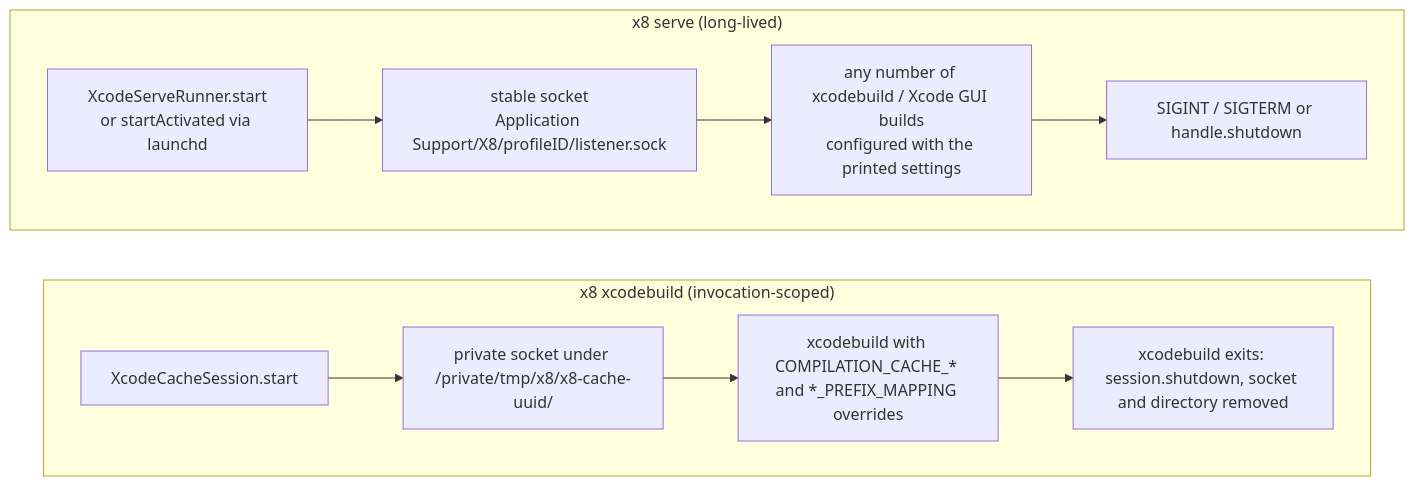
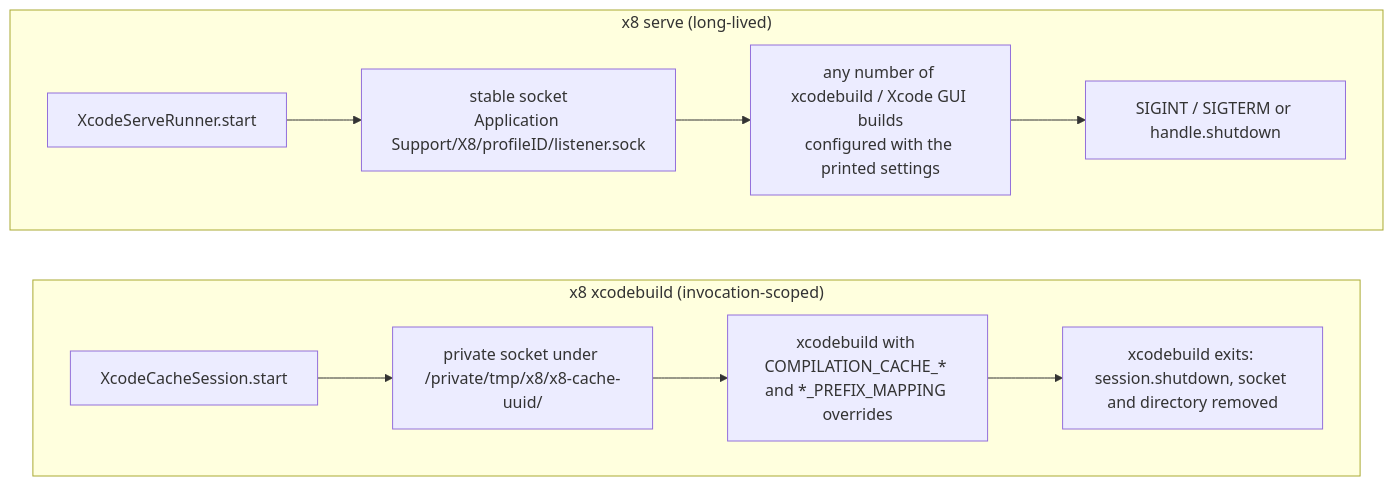
The diagram in Sources/X8Kit/X8Kit.docc/Diagrams/socket-lifecycles.mmd (Ryu0118/x8), drawn with Mermaid before and after one commit. The commit also changed 14 other files, not shown here.

First line of the commit message:
Remove launchd socket activation support from x8

```diff
--- a/Sources/X8Kit/X8Kit.docc/Diagrams/socket-lifecycles.mmd
+++ b/Sources/X8Kit/X8Kit.docc/Diagrams/socket-lifecycles.mmd
@@ -1,13 +1,13 @@
 flowchart LR
     subgraph A["x8 xcodebuild (invocation-scoped)"]
         direction LR
         A1["XcodeCacheSession.start"] --> A2["private socket under /private/tmp/x8/x8-cache-uuid/"]
         A2 --> A3["xcodebuild with COMPILATION_CACHE_* and *_PREFIX_MAPPING overrides"]
         A3 --> A4["xcodebuild exits: session.shutdown, socket and directory removed"]
     end
     subgraph B["x8 serve (long-lived)"]
         direction LR
-        B1["XcodeServeRunner.start<br/>or startActivated via launchd"] --> B2["stable socket<br/>Application Support/X8/profileID/listener.sock"]
+        B1["XcodeServeRunner.start"] --> B2["stable socket<br/>Application Support/X8/profileID/listener.sock"]
         B2 --> B3["any number of xcodebuild / Xcode GUI builds<br/>configured with the printed settings"]
         B3 --> B4["SIGINT / SIGTERM or handle.shutdown"]
     end
```
